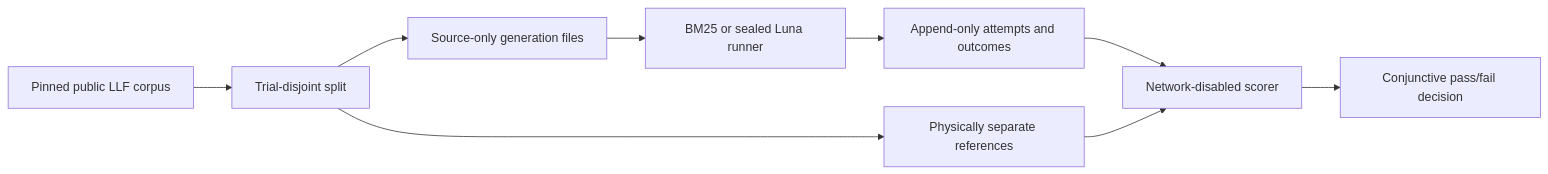
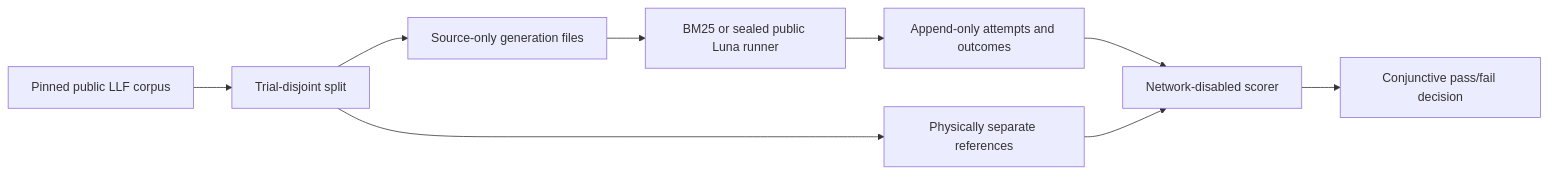
One commit to NevoLevi/CriteriaBench changed the diagram in README.md. Above: the diagram before and after it, drawn with Mermaid. The commit also changed other lines of this file and 6 other files, not shown here.

````diff
--- a/README.md
+++ b/README.md
@@ -45,11 +45,11 @@
 ```mermaid
 flowchart LR
     U["Pinned public LLF corpus"] --> S["Trial-disjoint split"]
     S --> G["Source-only generation files"]
     S --> R["Physically separate references"]
-    G --> B["BM25 or sealed Luna runner"]
+    G --> B["BM25 or sealed public Luna runner"]
     B --> P["Append-only attempts and outcomes"]
     P --> O["Network-disabled scorer"]
     R --> O
     O --> D["Conjunctive pass/fail decision"]
 ```
````
